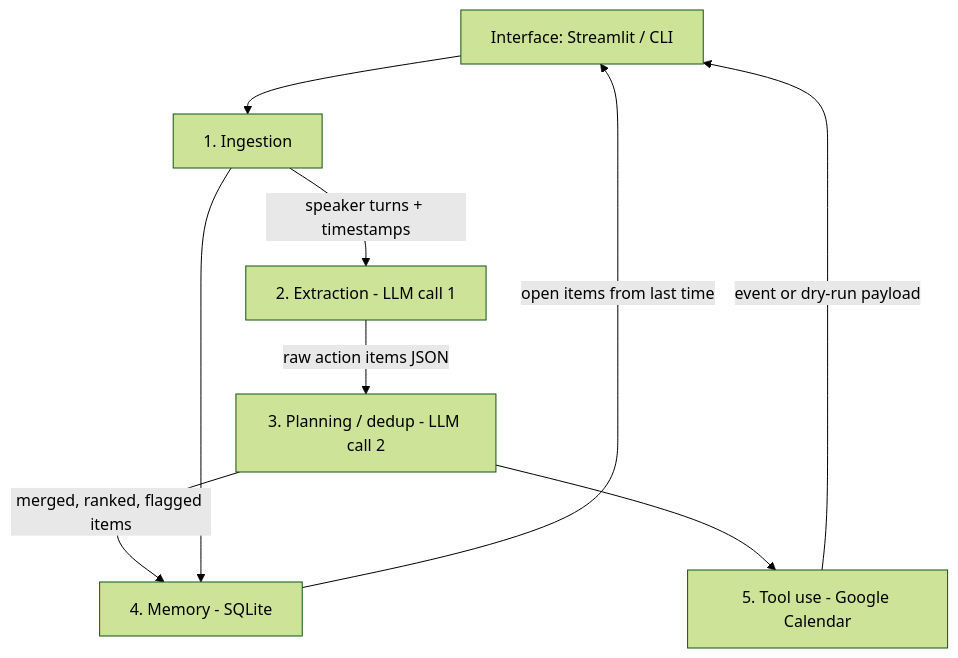
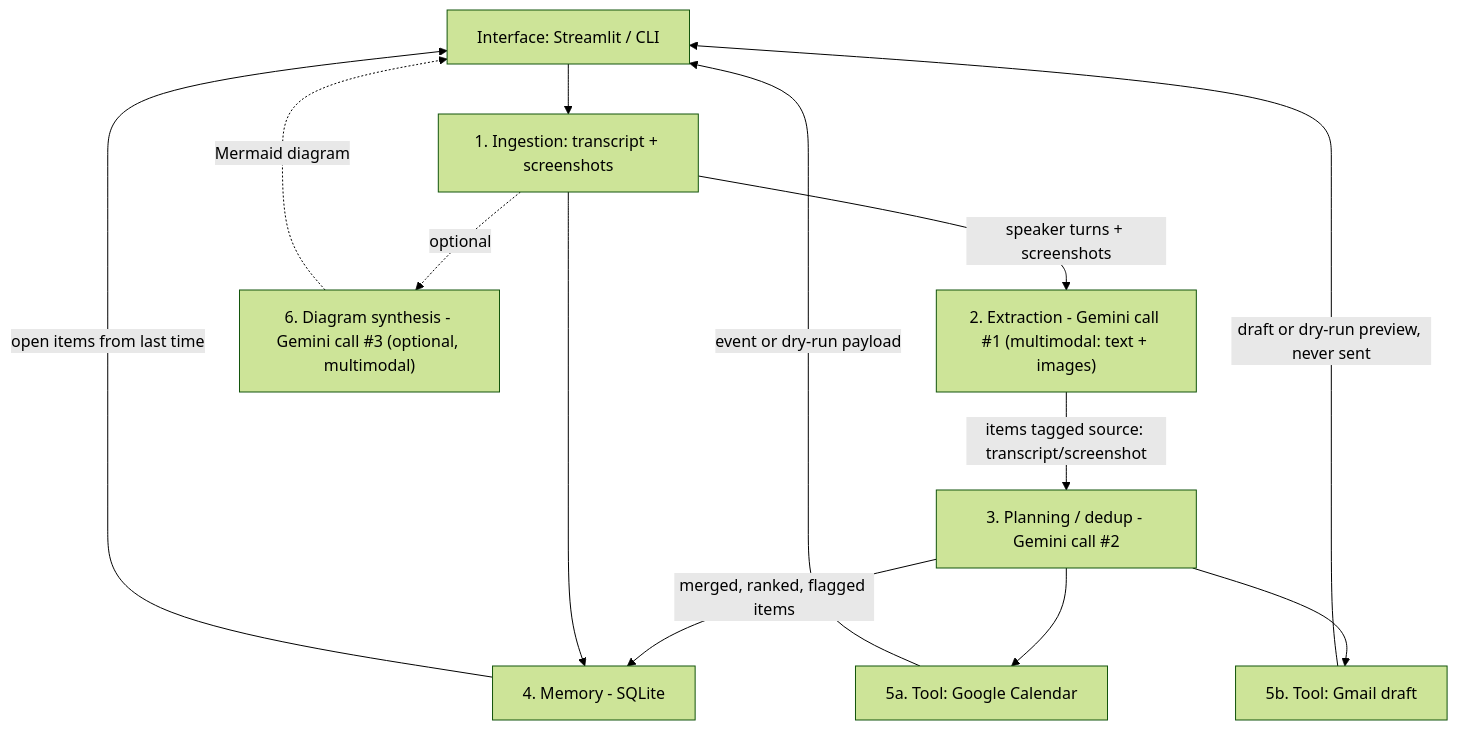
The diagram in README.md (ttshah1001/meetingpilot), drawn with Mermaid (forest theme) before and after one commit. The commit also changed other lines of this file and 14 other files, not shown here.

````diff
--- a/README.md
+++ b/README.md
@@ -11,11 +11,24 @@
 ```mermaid
 flowchart TD
-    UI[Interface: Streamlit / CLI] --> ING[1. Ingestion]
-    ING -->|speaker turns + timestamps| EXT[2. Extraction - LLM call 1]
-    EXT -->|raw action items JSON| PLAN[3. Planning / dedup - LLM call 2]
-    PLAN -->|merged, ranked, flagged items| MEM[4. Memory - SQLite]
+    UI[Interface: Streamlit / CLI]
+    ING[1. Ingestion: transcript + screenshots]
+    EXT["2. Extraction - Gemini call #1 (multimodal: text + images)"]
+    PLAN[3. Planning / dedup - Gemini call #2]
+    MEM[4. Memory - SQLite]
+    CAL[5a. Tool: Google Calendar]
+    GMAIL[5b. Tool: Gmail draft]
+    DIAG["6. Diagram synthesis - Gemini call #3 (optional, multimodal)"]
+
+    UI --> ING
+    ING -->|speaker turns + screenshots| EXT
+    EXT -->|items tagged source: transcript/screenshot| PLAN
+    PLAN -->|merged, ranked, flagged items| MEM
     MEM -->|open items from last time| UI
-    PLAN --> CAL[5. Tool use - Google Calendar]
+    PLAN --> CAL
+    PLAN --> GMAIL
     CAL -->|event or dry-run payload| UI
+    GMAIL -->|draft or dry-run preview, never sent| UI
+    ING -.->|optional| DIAG
+    DIAG -.->|Mermaid diagram| UI
     ING --> MEM
 ```
````
